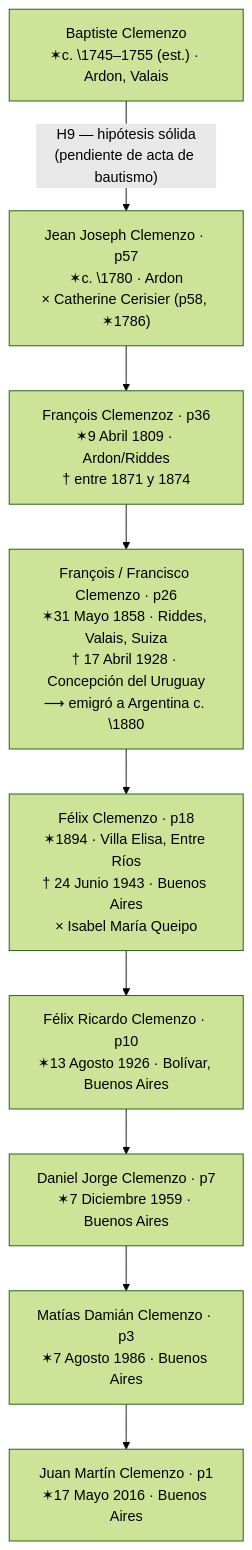
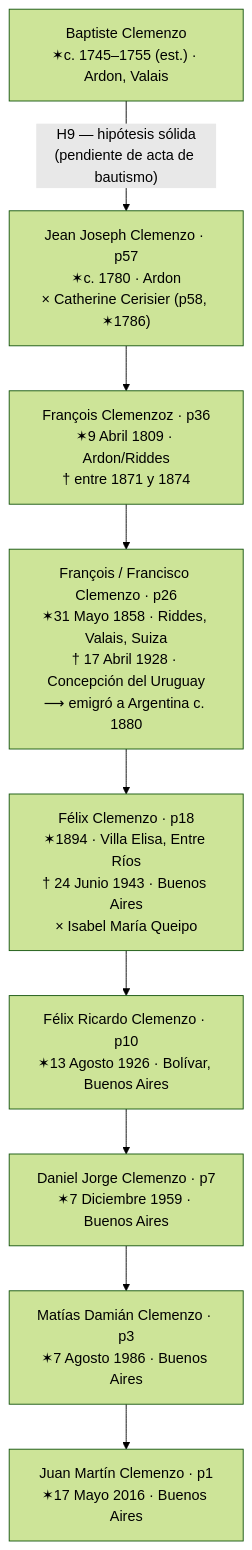
The first of 2 diagrams in content/posts/clan-clemenzo.md (cmzo/web-genealogia), drawn with Mermaid (forest theme) before and after one commit. The commit also changed other lines of this file and 4 other files, not shown here.

````diff
--- a/content/posts/clan-clemenzo.md
+++ b/content/posts/clan-clemenzo.md
@@ -622,21 +658,21 @@
 ```mermaid
 flowchart TD
-    BAP["Baptiste Clemenzo\n✶c. \1745–1755 (est.) · Ardon, Valais"]
-    JJC["Jean Joseph Clemenzo · p57\n✶c. \1780 · Ardon\n× Catherine Cerisier (p58, ✶1786)"]
+    BAP["Baptiste Clemenzo\n✶c. 1745–1755 (est.) · Ardon, Valais"]
+    JJC["Jean Joseph Clemenzo · p57\n✶c. 1780 · Ardon\n× Catherine Cerisier (p58, ✶1786)"]
     FR2["François Clemenzoz · p36\n✶9 Abril 1809 · Ardon/Riddes\n† entre 1871 y 1874"]
-    FRA["François / Francisco Clemenzo · p26\n✶31 Mayo 1858 · Riddes, Valais, Suiza\n† 17 Abril 1928 · Concepción del Uruguay\n⟶ emigró a Argentina c. \1880"]
+    FRA["François / Francisco Clemenzo · p26\n✶31 Mayo 1858 · Riddes, Valais, Suiza\n† 17 Abril 1928 · Concepción del Uruguay\n⟶ emigró a Argentina c. 1880"]
     FEL["Félix Clemenzo · p18\n✶1894 · Villa Elisa, Entre Ríos\n† 24 Junio 1943 · Buenos Aires\n× Isabel María Queipo"]
     FER["Félix Ricardo Clemenzo · p10\n✶13 Agosto 1926 · Bolívar, Buenos Aires"]
     DAN["Daniel Jorge Clemenzo · p7\n✶7 Diciembre 1959 · Buenos Aires"]
     MAT["Matías Damián Clemenzo · p3\n✶7 Agosto 1986 · Buenos Aires"]
     JM["Juan Martín Clemenzo · p1\n✶17 Mayo 2016 · Buenos Aires"]
 
     BAP -->|"H9 — hipótesis sólida\n(pendiente de acta de bautismo)"| JJC
     JJC --> FR2
     FR2 --> FRA
     FRA --> FEL
     FEL --> FER
     FER --> DAN
     DAN --> MAT
     MAT --> JM
 ```
````
